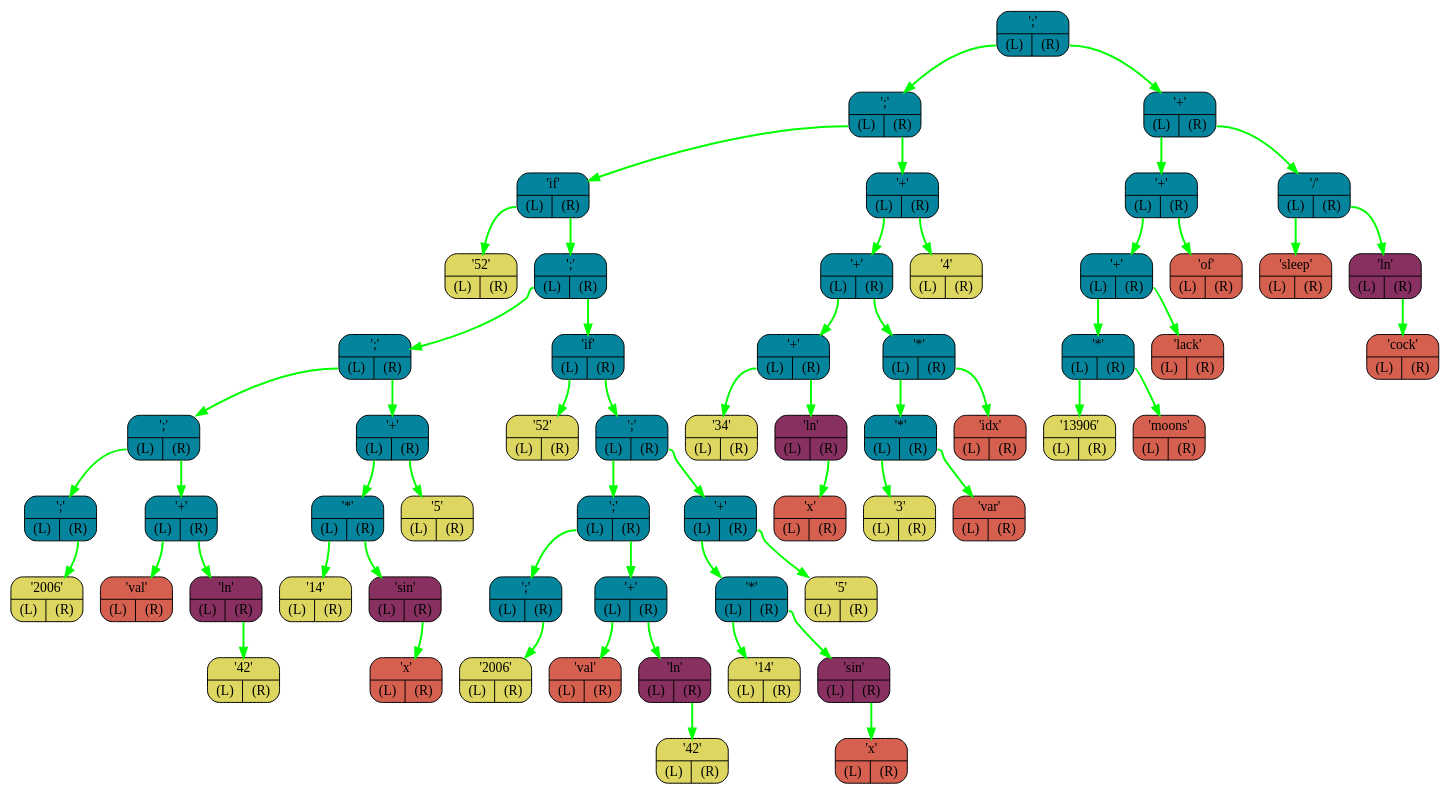
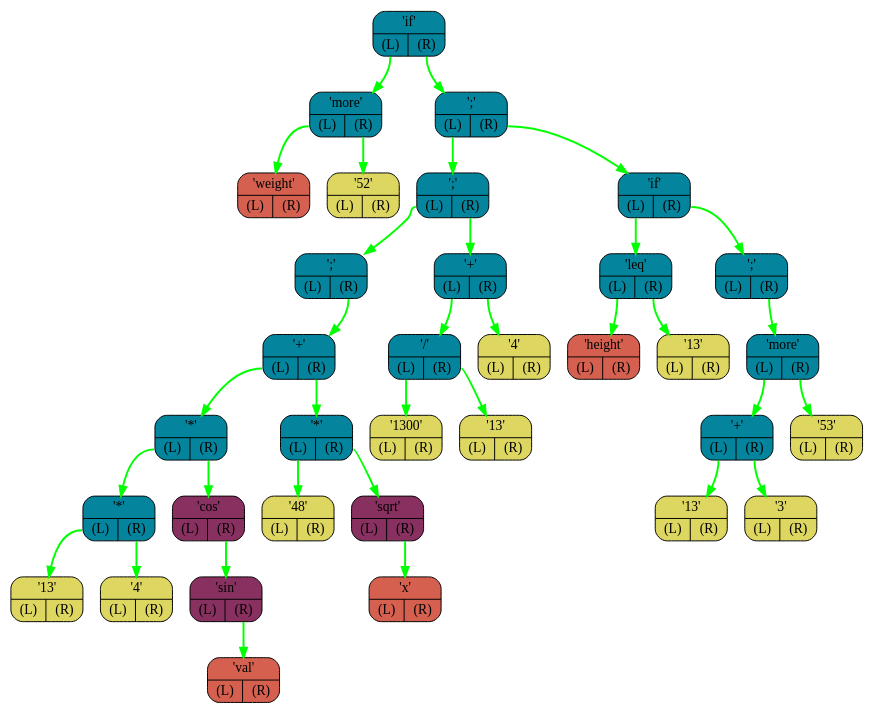
The diagram in FrontEnd/logs/graph.dot (I1Va/OptimaLang), drawn with Graphviz before and after one commit. The commit also changed 18 other files, not shown here.

```diff
--- a/FrontEnd/logs/graph.dot
+++ b/FrontEnd/logs/graph.dot
@@ -1,120 +1,70 @@
 digraph G{
     rankdir=TB;
-    NODE0x7fff9ddb2eb8[shape="Mrecord",color="black",fillcolor="#04859D",style="filled",label="{';' | {<L> (L)| <R> (R)}}"]
-    NODE0x7fff9ddb2ee0[shape="Mrecord",color="black",fillcolor="#04859D",style="filled",label="{';' | {<L> (L)| <R> (R)}}"]
-    NODE0x7fff9ddb2f08[shape="Mrecord",color="black",fillcolor="#04859D",style="filled",label="{'if' | {<L> (L)| <R> (R)}}"]
-    NODE0x7fff9ddb2f30[shape="Mrecord",color="black",fillcolor="#ddd660",style="filled",label="{'52' | {<L> (L)| <R> (R)}}"]
-    NODE0x7fff9ddb2f58[shape="Mrecord",color="black",fillcolor="#04859D",style="filled",label="{';' | {<L> (L)| <R> (R)}}"]
-    NODE0x7fff9ddb2f80[shape="Mrecord",color="black",fillcolor="#04859D",style="filled",label="{';' | {<L> (L)| <R> (R)}}"]
-    NODE0x7fff9ddb2fa8[shape="Mrecord",color="black",fillcolor="#04859D",style="filled",label="{';' | {<L> (L)| <R> (R)}}"]
-    NODE0x7fff9ddb2fd0[shape="Mrecord",color="black",fillcolor="#04859D",style="filled",label="{';' | {<L> (L)| <R> (R)}}"]
-    NODE0x7fff9ddb2ff8[shape="Mrecord",color="black",fillcolor="#ddd660",style="filled",label="{'2006' | {<L> (L)| <R> (R)}}"]
-    NODE0x7fff9ddb3020[shape="Mrecord",color="black",fillcolor="#04859D",style="filled",label="{'+' | {<L> (L)| <R> (R)}}"]
-    NODE0x7fff9ddb3048[shape="Mrecord",color="black",fillcolor="#d56050",style="filled",label="{'val' | {<L> (L)| <R> (R)}}"]
-    NODE0x7fff9ddb3070[shape="Mrecord",color="black",fillcolor="#883060",style="filled",label="{'ln' | {<L> (L)| <R> (R)}}"]
-    NODE0x7fff9ddb3098[shape="Mrecord",color="black",fillcolor="#ddd660",style="filled",label="{'42' | {<L> (L)| <R> (R)}}"]
-    NODE0x7fff9ddb30c0[shape="Mrecord",color="black",fillcolor="#04859D",style="filled",label="{'+' | {<L> (L)| <R> (R)}}"]
-    NODE0x7fff9ddb30e8[shape="Mrecord",color="black",fillcolor="#04859D",style="filled",label="{'*' | {<L> (L)| <R> (R)}}"]
-    NODE0x7fff9ddb3110[shape="Mrecord",color="black",fillcolor="#ddd660",style="filled",label="{'14' | {<L> (L)| <R> (R)}}"]
-    NODE0x7fff9ddb3138[shape="Mrecord",color="black",fillcolor="#883060",style="filled",label="{'sin' | {<L> (L)| <R> (R)}}"]
-    NODE0x7fff9ddb3160[shape="Mrecord",color="black",fillcolor="#d56050",style="filled",label="{'x' | {<L> (L)| <R> (R)}}"]
-    NODE0x7fff9ddb3188[shape="Mrecord",color="black",fillcolor="#ddd660",style="filled",label="{'5' | {<L> (L)| <R> (R)}}"]
-    NODE0x7fff9ddb31b0[shape="Mrecord",color="black",fillcolor="#04859D",style="filled",label="{'if' | {<L> (L)| <R> (R)}}"]
-    NODE0x7fff9ddb31d8[shape="Mrecord",color="black",fillcolor="#ddd660",style="filled",label="{'52' | {<L> (L)| <R> (R)}}"]
-    NODE0x7fff9ddb3200[shape="Mrecord",color="black",fillcolor="#04859D",style="filled",label="{';' | {<L> (L)| <R> (R)}}"]
-    NODE0x7fff9ddb3228[shape="Mrecord",color="black",fillcolor="#04859D",style="filled",label="{';' | {<L> (L)| <R> (R)}}"]
-    NODE0x7fff9ddb3250[shape="Mrecord",color="black",fillcolor="#04859D",style="filled",label="{';' | {<L> (L)| <R> (R)}}"]
-    NODE0x7fff9ddb3278[shape="Mrecord",color="black",fillcolor="#ddd660",style="filled",label="{'2006' | {<L> (L)| <R> (R)}}"]
-    NODE0x7fff9ddb32a0[shape="Mrecord",color="black",fillcolor="#04859D",style="filled",label="{'+' | {<L> (L)| <R> (R)}}"]
-    NODE0x7fff9ddb32c8[shape="Mrecord",color="black",fillcolor="#d56050",style="filled",label="{'val' | {<L> (L)| <R> (R)}}"]
-    NODE0x7fff9ddb32f0[shape="Mrecord",color="black",fillcolor="#883060",style="filled",label="{'ln' | {<L> (L)| <R> (R)}}"]
-    NODE0x7fff9ddb3318[shape="Mrecord",color="black",fillcolor="#ddd660",style="filled",label="{'42' | {<L> (L)| <R> (R)}}"]
-    NODE0x7fff9ddb3340[shape="Mrecord",color="black",fillcolor="#04859D",style="filled",label="{'+' | {<L> (L)| <R> (R)}}"]
-    NODE0x7fff9ddb3368[shape="Mrecord",color="black",fillcolor="#04859D",style="filled",label="{'*' | {<L> (L)| <R> (R)}}"]
-    NODE0x7fff9ddb3390[shape="Mrecord",color="black",fillcolor="#ddd660",style="filled",label="{'14' | {<L> (L)| <R> (R)}}"]
-    NODE0x7fff9ddb33b8[shape="Mrecord",color="black",fillcolor="#883060",style="filled",label="{'sin' | {<L> (L)| <R> (R)}}"]
-    NODE0x7fff9ddb33e0[shape="Mrecord",color="black",fillcolor="#d56050",style="filled",label="{'x' | {<L> (L)| <R> (R)}}"]
-    NODE0x7fff9ddb3408[shape="Mrecord",color="black",fillcolor="#ddd660",style="filled",label="{'5' | {<L> (L)| <R> (R)}}"]
-    NODE0x7fff9ddb3430[shape="Mrecord",color="black",fillcolor="#04859D",style="filled",label="{'+' | {<L> (L)| <R> (R)}}"]
-    NODE0x7fff9ddb3458[shape="Mrecord",color="black",fillcolor="#04859D",style="filled",label="{'+' | {<L> (L)| <R> (R)}}"]
-    NODE0x7fff9ddb3480[shape="Mrecord",color="black",fillcolor="#04859D",style="filled",label="{'+' | {<L> (L)| <R> (R)}}"]
-    NODE0x7fff9ddb34a8[shape="Mrecord",color="black",fillcolor="#ddd660",style="filled",label="{'34' | {<L> (L)| <R> (R)}}"]
-    NODE0x7fff9ddb34d0[shape="Mrecord",color="black",fillcolor="#883060",style="filled",label="{'ln' | {<L> (L)| <R> (R)}}"]
-    NODE0x7fff9ddb34f8[shape="Mrecord",color="black",fillcolor="#d56050",style="filled",label="{'x' | {<L> (L)| <R> (R)}}"]
-    NODE0x7fff9ddb3520[shape="Mrecord",color="black",fillcolor="#04859D",style="filled",label="{'*' | {<L> (L)| <R> (R)}}"]
-    NODE0x7fff9ddb3548[shape="Mrecord",color="black",fillcolor="#04859D",style="filled",label="{'*' | {<L> (L)| <R> (R)}}"]
-    NODE0x7fff9ddb3570[shape="Mrecord",color="black",fillcolor="#ddd660",style="filled",label="{'3' | {<L> (L)| <R> (R)}}"]
-    NODE0x7fff9ddb3598[shape="Mrecord",color="black",fillcolor="#d56050",style="filled",label="{'var' | {<L> (L)| <R> (R)}}"]
-    NODE0x7fff9ddb35c0[shape="Mrecord",color="black",fillcolor="#d56050",style="filled",label="{'idx' | {<L> (L)| <R> (R)}}"]
-    NODE0x7fff9ddb35e8[shape="Mrecord",color="black",fillcolor="#ddd660",style="filled",label="{'4' | {<L> (L)| <R> (R)}}"]
-    NODE0x7fff9ddb3610[shape="Mrecord",color="black",fillcolor="#04859D",style="filled",label="{'+' | {<L> (L)| <R> (R)}}"]
-    NODE0x7fff9ddb3638[shape="Mrecord",color="black",fillcolor="#04859D",style="filled",label="{'+' | {<L> (L)| <R> (R)}}"]
-    NODE0x7fff9ddb3660[shape="Mrecord",color="black",fillcolor="#04859D",style="filled",label="{'+' | {<L> (L)| <R> (R)}}"]
-    NODE0x7fff9ddb3688[shape="Mrecord",color="black",fillcolor="#04859D",style="filled",label="{'*' | {<L> (L)| <R> (R)}}"]
-    NODE0x7fff9ddb36b0[shape="Mrecord",color="black",fillcolor="#ddd660",style="filled",label="{'13906' | {<L> (L)| <R> (R)}}"]
-    NODE0x7fff9ddb36d8[shape="Mrecord",color="black",fillcolor="#d56050",style="filled",label="{'moons' | {<L> (L)| <R> (R)}}"]
-    NODE0x7fff9ddb3700[shape="Mrecord",color="black",fillcolor="#d56050",style="filled",label="{'lack' | {<L> (L)| <R> (R)}}"]
-    NODE0x7fff9ddb3728[shape="Mrecord",color="black",fillcolor="#d56050",style="filled",label="{'of' | {<L> (L)| <R> (R)}}"]
-    NODE0x7fff9ddb3750[shape="Mrecord",color="black",fillcolor="#04859D",style="filled",label="{'/' | {<L> (L)| <R> (R)}}"]
-    NODE0x7fff9ddb3778[shape="Mrecord",color="black",fillcolor="#d56050",style="filled",label="{'sleep' | {<L> (L)| <R> (R)}}"]
-    NODE0x7fff9ddb37a0[shape="Mrecord",color="black",fillcolor="#883060",style="filled",label="{'ln' | {<L> (L)| <R> (R)}}"]
-    NODE0x7fff9ddb37c8[shape="Mrecord",color="black",fillcolor="#d56050",style="filled",label="{'cock' | {<L> (L)| <R> (R)}}"]
-    NODE0x7fff9ddb2fd0:R-> NODE0x7fff9ddb2ff8 [color="#00FF00",penwidth=2,label=""]
-    NODE0x7fff9ddb3070:R-> NODE0x7fff9ddb3098 [color="#00FF00",penwidth=2,label=""]
-    NODE0x7fff9ddb3020:L-> NODE0x7fff9ddb3048 [color="#00FF00",penwidth=2,label=""]
-    NODE0x7fff9ddb3020:R-> NODE0x7fff9ddb3070 [color="#00FF00",penwidth=2,label=""]
-    NODE0x7fff9ddb2fa8:L-> NODE0x7fff9ddb2fd0 [color="#00FF00",penwidth=2,label=""]
-    NODE0x7fff9ddb2fa8:R-> NODE0x7fff9ddb3020 [color="#00FF00",penwidth=2,label=""]
-    NODE0x7fff9ddb3138:R-> NODE0x7fff9ddb3160 [color="#00FF00",penwidth=2,label=""]
-    NODE0x7fff9ddb30e8:L-> NODE0x7fff9ddb3110 [color="#00FF00",penwidth=2,label=""]
-    NODE0x7fff9ddb30e8:R-> NODE0x7fff9ddb3138 [color="#00FF00",penwidth=2,label=""]
-    NODE0x7fff9ddb30c0:L-> NODE0x7fff9ddb30e8 [color="#00FF00",penwidth=2,label=""]
-    NODE0x7fff9ddb30c0:R-> NODE0x7fff9ddb3188 [color="#00FF00",penwidth=2,label=""]
-    NODE0x7fff9ddb2f80:L-> NODE0x7fff9ddb2fa8 [color="#00FF00",penwidth=2,label=""]
-    NODE0x7fff9ddb2f80:R-> NODE0x7fff9ddb30c0 [color="#00FF00",penwidth=2,label=""]
-    NODE0x7fff9ddb3250:R-> NODE0x7fff9ddb3278 [color="#00FF00",penwidth=2,label=""]
-    NODE0x7fff9ddb32f0:R-> NODE0x7fff9ddb3318 [color="#00FF00",penwidth=2,label=""]
-    NODE0x7fff9ddb32a0:L-> NODE0x7fff9ddb32c8 [color="#00FF00",penwidth=2,label=""]
-    NODE0x7fff9ddb32a0:R-> NODE0x7fff9ddb32f0 [color="#00FF00",penwidth=2,label=""]
-    NODE0x7fff9ddb3228:L-> NODE0x7fff9ddb3250 [color="#00FF00",penwidth=2,label=""]
-    NODE0x7fff9ddb3228:R-> NODE0x7fff9ddb32a0 [color="#00FF00",penwidth=2,label=""]
-    NODE0x7fff9ddb33b8:R-> NODE0x7fff9ddb33e0 [color="#00FF00",penwidth=2,label=""]
-    NODE0x7fff9ddb3368:L-> NODE0x7fff9ddb3390 [color="#00FF00",penwidth=2,label=""]
-    NODE0x7fff9ddb3368:R-> NODE0x7fff9ddb33b8 [color="#00FF00",penwidth=2,label=""]
-    NODE0x7fff9ddb3340:L-> NODE0x7fff9ddb3368 [color="#00FF00",penwidth=2,label=""]
-    NODE0x7fff9ddb3340:R-> NODE0x7fff9ddb3408 [color="#00FF00",penwidth=2,label=""]
-    NODE0x7fff9ddb3200:L-> NODE0x7fff9ddb3228 [color="#00FF00",penwidth=2,label=""]
-    NODE0x7fff9ddb3200:R-> NODE0x7fff9ddb3340 [color="#00FF00",penwidth=2,label=""]
-    NODE0x7fff9ddb31b0:L-> NODE0x7fff9ddb31d8 [color="#00FF00",penwidth=2,label=""]
-    NODE0x7fff9ddb31b0:R-> NODE0x7fff9ddb3200 [color="#00FF00",penwidth=2,label=""]
-    NODE0x7fff9ddb2f58:L-> NODE0x7fff9ddb2f80 [color="#00FF00",penwidth=2,label=""]
-    NODE0x7fff9ddb2f58:R-> NODE0x7fff9ddb31b0 [color="#00FF00",penwidth=2,label=""]
-    NODE0x7fff9ddb2f08:L-> NODE0x7fff9ddb2f30 [color="#00FF00",penwidth=2,label=""]
-    NODE0x7fff9ddb2f08:R-> NODE0x7fff9ddb2f58 [color="#00FF00",penwidth=2,label=""]
-    NODE0x7fff9ddb34d0:R-> NODE0x7fff9ddb34f8 [color="#00FF00",penwidth=2,label=""]
-    NODE0x7fff9ddb3480:L-> NODE0x7fff9ddb34a8 [color="#00FF00",penwidth=2,label=""]
-    NODE0x7fff9ddb3480:R-> NODE0x7fff9ddb34d0 [color="#00FF00",penwidth=2,label=""]
-    NODE0x7fff9ddb3548:L-> NODE0x7fff9ddb3570 [color="#00FF00",penwidth=2,label=""]
-    NODE0x7fff9ddb3548:R-> NODE0x7fff9ddb3598 [color="#00FF00",penwidth=2,label=""]
-    NODE0x7fff9ddb3520:L-> NODE0x7fff9ddb3548 [color="#00FF00",penwidth=2,label=""]
-    NODE0x7fff9ddb3520:R-> NODE0x7fff9ddb35c0 [color="#00FF00",penwidth=2,label=""]
-    NODE0x7fff9ddb3458:L-> NODE0x7fff9ddb3480 [color="#00FF00",penwidth=2,label=""]
-    NODE0x7fff9ddb3458:R-> NODE0x7fff9ddb3520 [color="#00FF00",penwidth=2,label=""]
-    NODE0x7fff9ddb3430:L-> NODE0x7fff9ddb3458 [color="#00FF00",penwidth=2,label=""]
-    NODE0x7fff9ddb3430:R-> NODE0x7fff9ddb35e8 [color="#00FF00",penwidth=2,label=""]
-    NODE0x7fff9ddb2ee0:L-> NODE0x7fff9ddb2f08 [color="#00FF00",penwidth=2,label=""]
-    NODE0x7fff9ddb2ee0:R-> NODE0x7fff9ddb3430 [color="#00FF00",penwidth=2,label=""]
-    NODE0x7fff9ddb3688:L-> NODE0x7fff9ddb36b0 [color="#00FF00",penwidth=2,label=""]
-    NODE0x7fff9ddb3688:R-> NODE0x7fff9ddb36d8 [color="#00FF00",penwidth=2,label=""]
-    NODE0x7fff9ddb3660:L-> NODE0x7fff9ddb3688 [color="#00FF00",penwidth=2,label=""]
-    NODE0x7fff9ddb3660:R-> NODE0x7fff9ddb3700 [color="#00FF00",penwidth=2,label=""]
-    NODE0x7fff9ddb3638:L-> NODE0x7fff9ddb3660 [color="#00FF00",penwidth=2,label=""]
-    NODE0x7fff9ddb3638:R-> NODE0x7fff9ddb3728 [color="#00FF00",penwidth=2,label=""]
-    NODE0x7fff9ddb37a0:R-> NODE0x7fff9ddb37c8 [color="#00FF00",penwidth=2,label=""]
-    NODE0x7fff9ddb3750:L-> NODE0x7fff9ddb3778 [color="#00FF00",penwidth=2,label=""]
-    NODE0x7fff9ddb3750:R-> NODE0x7fff9ddb37a0 [color="#00FF00",penwidth=2,label=""]
-    NODE0x7fff9ddb3610:L-> NODE0x7fff9ddb3638 [color="#00FF00",penwidth=2,label=""]
-    NODE0x7fff9ddb3610:R-> NODE0x7fff9ddb3750 [color="#00FF00",penwidth=2,label=""]
-    NODE0x7fff9ddb2eb8:L-> NODE0x7fff9ddb2ee0 [color="#00FF00",penwidth=2,label=""]
-    NODE0x7fff9ddb2eb8:R-> NODE0x7fff9ddb3610 [color="#00FF00",penwidth=2,label=""]
+    NODE0x7fff559066a8[shape="Mrecord",color="black",fillcolor="#04859D",style="filled",label="{'if' | {<L> (L) | <R> (R)}}"]
+    NODE0x7fff559066d0[shape="Mrecord",color="black",fillcolor="#04859D",style="filled",label="{'more' | {<L> (L) | <R> (R)}}"]
+    NODE0x7fff559066f8[shape="Mrecord",color="black",fillcolor="#d56050",style="filled",label="{'weight' | {<L> (L) | <R> (R)}}"]
+    NODE0x7fff55906720[shape="Mrecord",color="black",fillcolor="#ddd660",style="filled",label="{'52' | {<L> (L) | <R> (R)}}"]
+    NODE0x7fff55906748[shape="Mrecord",color="black",fillcolor="#04859D",style="filled",label="{';' | {<L> (L) | <R> (R)}}"]
+    NODE0x7fff55906770[shape="Mrecord",color="black",fillcolor="#04859D",style="filled",label="{';' | {<L> (L) | <R> (R)}}"]
+    NODE0x7fff55906798[shape="Mrecord",color="black",fillcolor="#04859D",style="filled",label="{';' | {<L> (L) | <R> (R)}}"]
+    NODE0x7fff559067c0[shape="Mrecord",color="black",fillcolor="#04859D",style="filled",label="{'+' | {<L> (L) | <R> (R)}}"]
+    NODE0x7fff559067e8[shape="Mrecord",color="black",fillcolor="#04859D",style="filled",label="{'*' | {<L> (L) | <R> (R)}}"]
+    NODE0x7fff55906810[shape="Mrecord",color="black",fillcolor="#04859D",style="filled",label="{'*' | {<L> (L) | <R> (R)}}"]
+    NODE0x7fff55906838[shape="Mrecord",color="black",fillcolor="#ddd660",style="filled",label="{'13' | {<L> (L) | <R> (R)}}"]
+    NODE0x7fff55906860[shape="Mrecord",color="black",fillcolor="#ddd660",style="filled",label="{'4' | {<L> (L) | <R> (R)}}"]
+    NODE0x7fff55906888[shape="Mrecord",color="black",fillcolor="#883060",style="filled",label="{'cos' | {<L> (L) | <R> (R)}}"]
+    NODE0x7fff559068b0[shape="Mrecord",color="black",fillcolor="#883060",style="filled",label="{'sin' | {<L> (L) | <R> (R)}}"]
+    NODE0x7fff559068d8[shape="Mrecord",color="black",fillcolor="#d56050",style="filled",label="{'val' | {<L> (L) | <R> (R)}}"]
+    NODE0x7fff55906900[shape="Mrecord",color="black",fillcolor="#04859D",style="filled",label="{'*' | {<L> (L) | <R> (R)}}"]
+    NODE0x7fff55906928[shape="Mrecord",color="black",fillcolor="#ddd660",style="filled",label="{'48' | {<L> (L) | <R> (R)}}"]
+    NODE0x7fff55906950[shape="Mrecord",color="black",fillcolor="#883060",style="filled",label="{'sqrt' | {<L> (L) | <R> (R)}}"]
+    NODE0x7fff55906978[shape="Mrecord",color="black",fillcolor="#d56050",style="filled",label="{'x' | {<L> (L) | <R> (R)}}"]
+    NODE0x7fff559069a0[shape="Mrecord",color="black",fillcolor="#04859D",style="filled",label="{'+' | {<L> (L) | <R> (R)}}"]
+    NODE0x7fff559069c8[shape="Mrecord",color="black",fillcolor="#04859D",style="filled",label="{'/' | {<L> (L) | <R> (R)}}"]
+    NODE0x7fff559069f0[shape="Mrecord",color="black",fillcolor="#ddd660",style="filled",label="{'1300' | {<L> (L) | <R> (R)}}"]
+    NODE0x7fff55906a18[shape="Mrecord",color="black",fillcolor="#ddd660",style="filled",label="{'13' | {<L> (L) | <R> (R)}}"]
+    NODE0x7fff55906a40[shape="Mrecord",color="black",fillcolor="#ddd660",style="filled",label="{'4' | {<L> (L) | <R> (R)}}"]
+    NODE0x7fff55906a68[shape="Mrecord",color="black",fillcolor="#04859D",style="filled",label="{'if' | {<L> (L) | <R> (R)}}"]
+    NODE0x7fff55906a90[shape="Mrecord",color="black",fillcolor="#04859D",style="filled",label="{'leq' | {<L> (L) | <R> (R)}}"]
+    NODE0x7fff55906ab8[shape="Mrecord",color="black",fillcolor="#d56050",style="filled",label="{'height' | {<L> (L) | <R> (R)}}"]
+    NODE0x7fff55906ae0[shape="Mrecord",color="black",fillcolor="#ddd660",style="filled",label="{'13' | {<L> (L) | <R> (R)}}"]
+    NODE0x7fff55906b08[shape="Mrecord",color="black",fillcolor="#04859D",style="filled",label="{';' | {<L> (L) | <R> (R)}}"]
+    NODE0x7fff55906b30[shape="Mrecord",color="black",fillcolor="#04859D",style="filled",label="{'more' | {<L> (L) | <R> (R)}}"]
+    NODE0x7fff55906b58[shape="Mrecord",color="black",fillcolor="#04859D",style="filled",label="{'+' | {<L> (L) | <R> (R)}}"]
+    NODE0x7fff55906b80[shape="Mrecord",color="black",fillcolor="#ddd660",style="filled",label="{'13' | {<L> (L) | <R> (R)}}"]
+    NODE0x7fff55906ba8[shape="Mrecord",color="black",fillcolor="#ddd660",style="filled",label="{'3' | {<L> (L) | <R> (R)}}"]
+    NODE0x7fff55906bd0[shape="Mrecord",color="black",fillcolor="#ddd660",style="filled",label="{'53' | {<L> (L) | <R> (R)}}"]
+    NODE0x7fff559066d0:L-> NODE0x7fff559066f8 [color="#00FF00",penwidth=2,label=""]
+    NODE0x7fff559066d0:R-> NODE0x7fff55906720 [color="#00FF00",penwidth=2,label=""]
+    NODE0x7fff55906810:L-> NODE0x7fff55906838 [color="#00FF00",penwidth=2,label=""]
+    NODE0x7fff55906810:R-> NODE0x7fff55906860 [color="#00FF00",penwidth=2,label=""]
+    NODE0x7fff559068b0:R-> NODE0x7fff559068d8 [color="#00FF00",penwidth=2,label=""]
+    NODE0x7fff55906888:R-> NODE0x7fff559068b0 [color="#00FF00",penwidth=2,label=""]
+    NODE0x7fff559067e8:L-> NODE0x7fff55906810 [color="#00FF00",penwidth=2,label=""]
+    NODE0x7fff559067e8:R-> NODE0x7fff55906888 [color="#00FF00",penwidth=2,label=""]
+    NODE0x7fff55906950:R-> NODE0x7fff55906978 [color="#00FF00",penwidth=2,label=""]
+    NODE0x7fff55906900:L-> NODE0x7fff55906928 [color="#00FF00",penwidth=2,label=""]
+    NODE0x7fff55906900:R-> NODE0x7fff55906950 [color="#00FF00",penwidth=2,label=""]
+    NODE0x7fff559067c0:L-> NODE0x7fff559067e8 [color="#00FF00",penwidth=2,label=""]
+    NODE0x7fff559067c0:R-> NODE0x7fff55906900 [color="#00FF00",penwidth=2,label=""]
+    NODE0x7fff55906798:R-> NODE0x7fff559067c0 [color="#00FF00",penwidth=2,label=""]
+    NODE0x7fff559069c8:L-> NODE0x7fff559069f0 [color="#00FF00",penwidth=2,label=""]
+    NODE0x7fff559069c8:R-> NODE0x7fff55906a18 [color="#00FF00",penwidth=2,label=""]
+    NODE0x7fff559069a0:L-> NODE0x7fff559069c8 [color="#00FF00",penwidth=2,label=""]
+    NODE0x7fff559069a0:R-> NODE0x7fff55906a40 [color="#00FF00",penwidth=2,label=""]
+    NODE0x7fff55906770:L-> NODE0x7fff55906798 [color="#00FF00",penwidth=2,label=""]
+    NODE0x7fff55906770:R-> NODE0x7fff559069a0 [color="#00FF00",penwidth=2,label=""]
+    NODE0x7fff55906a90:L-> NODE0x7fff55906ab8 [color="#00FF00",penwidth=2,label=""]
+    NODE0x7fff55906a90:R-> NODE0x7fff55906ae0 [color="#00FF00",penwidth=2,label=""]
+    NODE0x7fff55906b58:L-> NODE0x7fff55906b80 [color="#00FF00",penwidth=2,label=""]
+    NODE0x7fff55906b58:R-> NODE0x7fff55906ba8 [color="#00FF00",penwidth=2,label=""]
+    NODE0x7fff55906b30:L-> NODE0x7fff55906b58 [color="#00FF00",penwidth=2,label=""]
+    NODE0x7fff55906b30:R-> NODE0x7fff55906bd0 [color="#00FF00",penwidth=2,label=""]
+    NODE0x7fff55906b08:R-> NODE0x7fff55906b30 [color="#00FF00",penwidth=2,label=""]
+    NODE0x7fff55906a68:L-> NODE0x7fff55906a90 [color="#00FF00",penwidth=2,label=""]
+    NODE0x7fff55906a68:R-> NODE0x7fff55906b08 [color="#00FF00",penwidth=2,label=""]
+    NODE0x7fff55906748:L-> NODE0x7fff55906770 [color="#00FF00",penwidth=2,label=""]
+    NODE0x7fff55906748:R-> NODE0x7fff55906a68 [color="#00FF00",penwidth=2,label=""]
+    NODE0x7fff559066a8:L-> NODE0x7fff559066d0 [color="#00FF00",penwidth=2,label=""]
+    NODE0x7fff559066a8:R-> NODE0x7fff55906748 [color="#00FF00",penwidth=2,label=""]
 }
```
